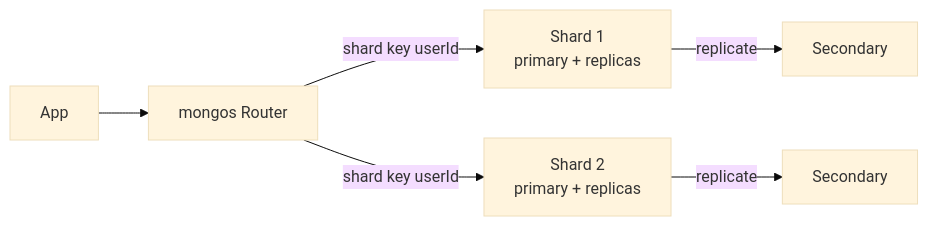
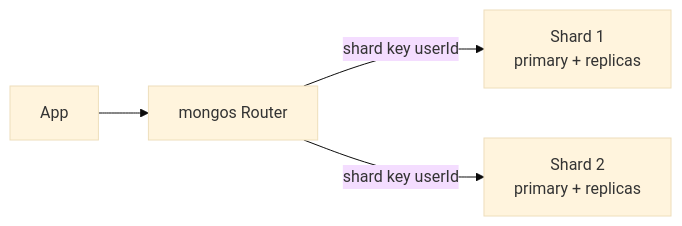
The diagram in content/system-design/mongodb.md (rakshitagarwal/champ-dsa), drawn with Mermaid (base theme) before and after one commit. The commit also changed other lines of this file and 100 other files, not shown here.

````diff
--- a/content/system-design/mongodb.md
+++ b/content/system-design/mongodb.md
@@ -22,8 +20,6 @@
 ```mermaid
 graph LR
     A[App] --> B[mongos Router]
     B -->|shard key userId| C[Shard 1<br/>primary + replicas]
     B -->|shard key userId| D[Shard 2<br/>primary + replicas]
-    C -->|replicate| E[Secondary]
-    D -->|replicate| F[Secondary]
 ```
````
